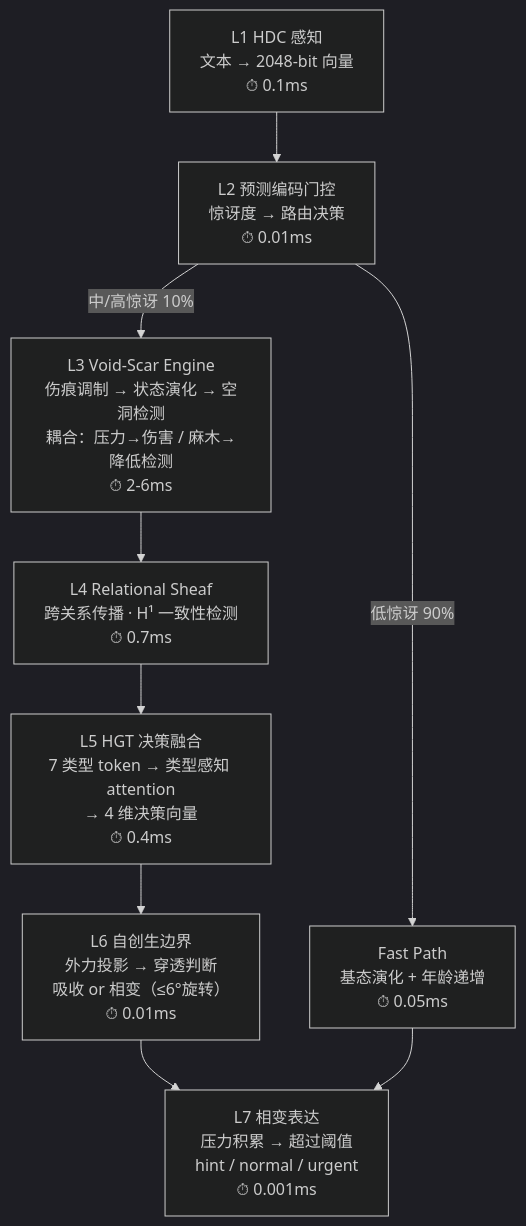
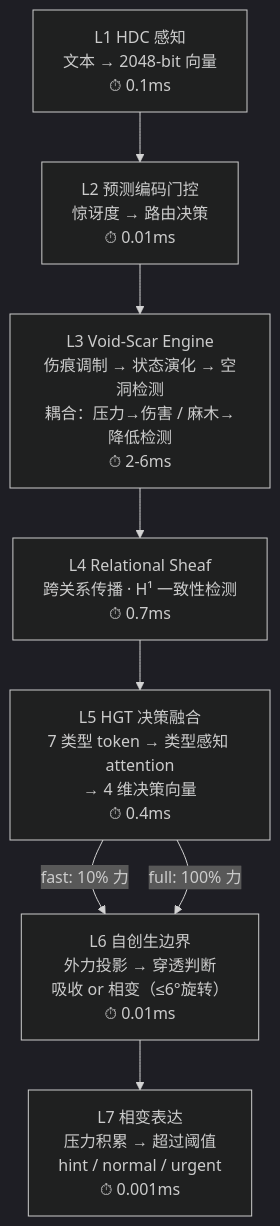
One commit to Ayleovelle/astrbot_plugin_sylanne changed the third of 5 diagrams in README.md. Above: the diagram before and after it, drawn with Mermaid (dark theme). The commit also changed other lines of this file and 322 other files, not shown here.

````diff
--- a/README.md
+++ b/README.md
@@ -266,11 +212,10 @@
 ```mermaid
 flowchart TD
     L1["L1 HDC 感知<br/>文本 → 2048-bit 向量<br/>⏱ 0.1ms"] --> L2["L2 预测编码门控<br/>惊讶度 → 路由决策<br/>⏱ 0.01ms"]
-    L2 -->|"低惊讶 90%"| FAST["Fast Path<br/>基态演化 + 年龄递增<br/>⏱ 0.05ms"]
-    L2 -->|"中/高惊讶 10%"| L3["L3 Void-Scar Engine<br/>伤痕调制 → 状态演化 → 空洞检测<br/>耦合：压力→伤害 / 麻木→降低检测<br/>⏱ 2-6ms"]
+    L2 --> L3["L3 Void-Scar Engine<br/>伤痕调制 → 状态演化 → 空洞检测<br/>耦合：压力→伤害 / 麻木→降低检测<br/>⏱ 2-6ms"]
     L3 --> L4["L4 Relational Sheaf<br/>跨关系传播 · H¹ 一致性检测<br/>⏱ 0.7ms"]
     L4 --> L5["L5 HGT 决策融合<br/>7 类型 token → 类型感知 attention<br/>→ 4 维决策向量<br/>⏱ 0.4ms"]
-    L5 --> L6["L6 自创生边界<br/>外力投影 → 穿透判断<br/>吸收 or 相变（≤6°旋转）<br/>⏱ 0.01ms"]
+    L5 -->|"fast: 10% 力"| L6["L6 自创生边界<br/>外力投影 → 穿透判断<br/>吸收 or 相变（≤6°旋转）<br/>⏱ 0.01ms"]
+    L5 -->|"full: 100% 力"| L6
     L6 --> L7["L7 相变表达<br/>压力积累 → 超过阈值<br/>hint / normal / urgent<br/>⏱ 0.001ms"]
-    FAST --> L7
 ```
````
